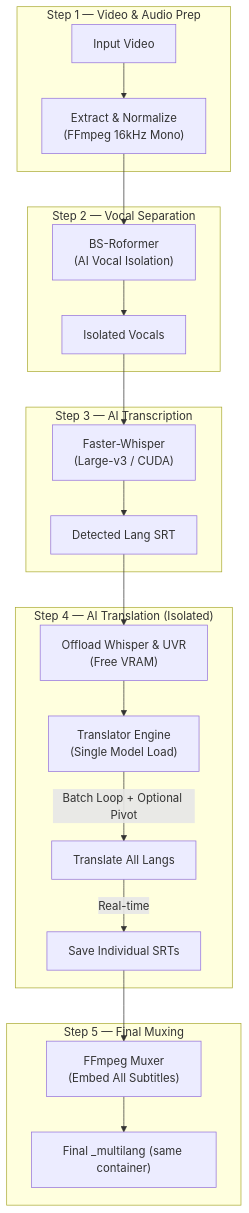
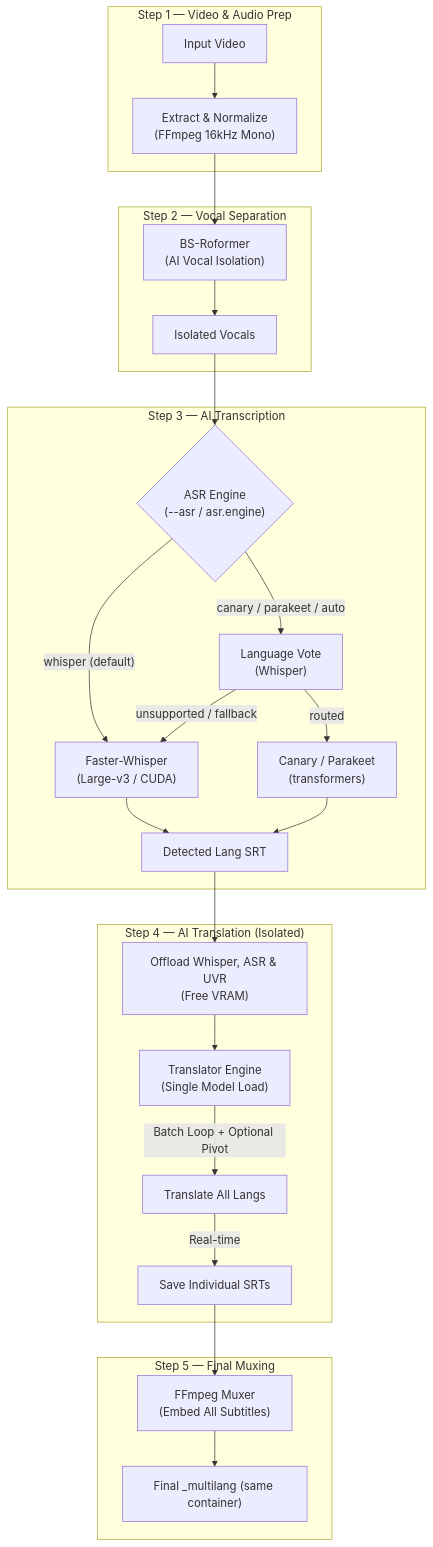
One commit to ventura8/Auto-Subtitle-Generator changed the second of 2 diagrams in README.md. Above: the diagram before and after it, drawn with Mermaid. The commit also changed other lines of this file and 23 other files, not shown here.

First line of the commit message:
docs: document the Canary/Parakeet ASR engines, routing and contracts

````diff
--- a/README.md
+++ b/README.md
@@ -208,28 +234,33 @@
 ```mermaid
 graph TD
     subgraph Step1 ["Step 1 — Video & Audio Prep"]
         A["Input Video"] --> B["Extract & Normalize<br/>(FFmpeg 16kHz Mono)"]
     end
 
     subgraph Step2 ["Step 2 — Vocal Separation"]
         B --> V["BS-Roformer<br/>(AI Vocal Isolation)"]
         V --> VC["Isolated Vocals"]
     end
 
     subgraph Step3 ["Step 3 — AI Transcription"]
-        VC --> W["Faster-Whisper<br/>(Large-v3 / CUDA)"]
+        VC --> ASR{"ASR Engine<br/>(--asr / asr.engine)"}
+        ASR -- "whisper (default)" --> W["Faster-Whisper<br/>(Large-v3 / CUDA)"]
+        ASR -- "canary / parakeet / auto" --> LID["Language Vote<br/>(Whisper)"]
+        LID -- "routed" --> NV["Canary / Parakeet<br/>(transformers)"]
+        LID -- "unsupported / fallback" --> W
         W --> S1["Detected Lang SRT"]
+        NV --> S1
     end
 
     subgraph Step4 ["Step 4 — AI Translation (Isolated)"]
-        S1 --> OFF["Offload Whisper & UVR<br/>(Free VRAM)"]
+        S1 --> OFF["Offload Whisper, ASR & UVR<br/>(Free VRAM)"]
         OFF --> N["Translator Engine<br/>(Single Model Load)"]
         N -- "Batch Loop + Optional Pivot" --> T["Translate All Langs"]
         T -- "Real-time" --> S2["Save Individual SRTs"]
     end
 
     subgraph Step5 ["Step 5 — Final Muxing"]
         S2 --> MUX["FFmpeg Muxer<br/>(Embed All Subtitles)"]
         MUX --> OUT["Final _multilang (same container)"]
     end
 ```
````
